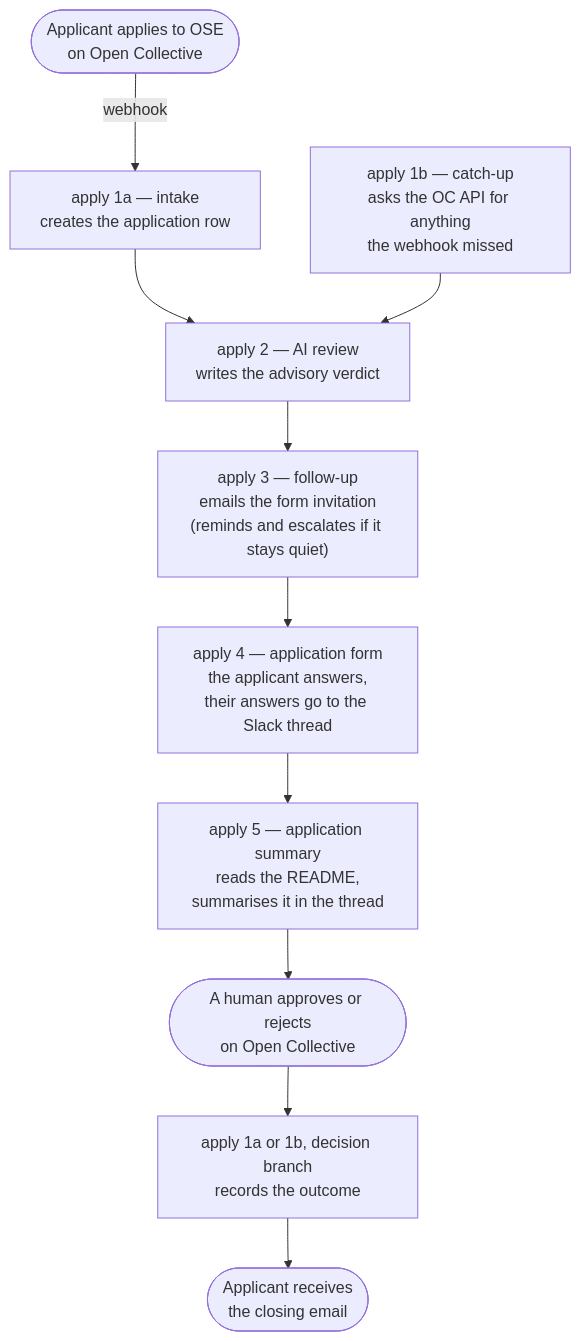
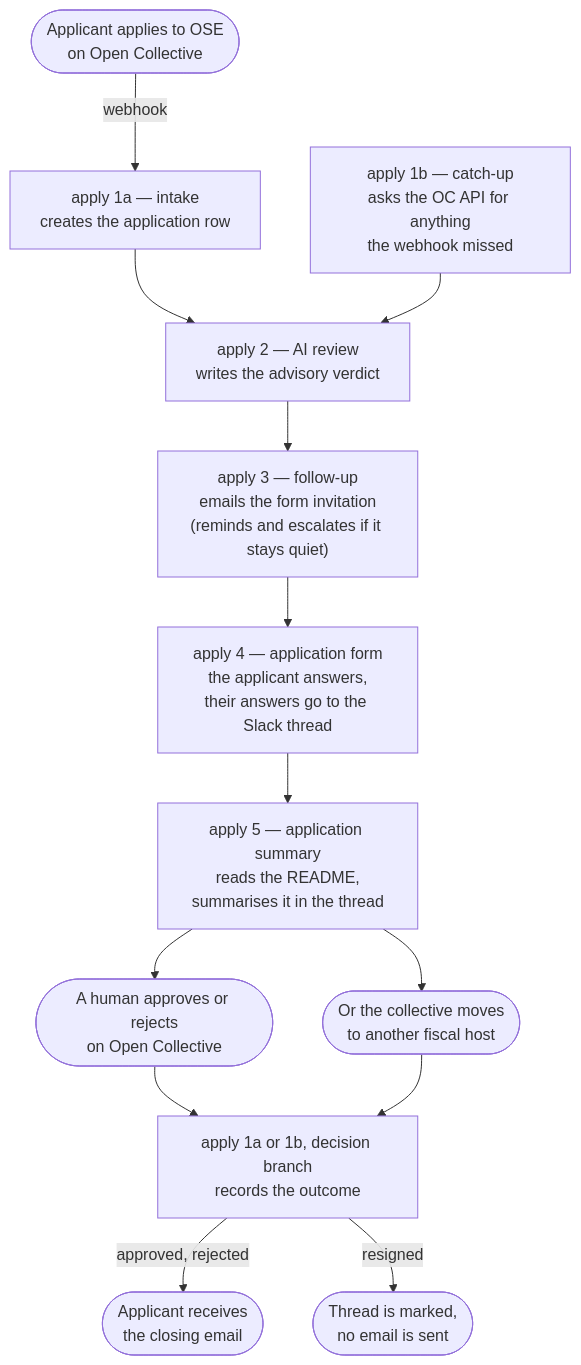
The diagram in automation/README.md (opensourceeurope/community), drawn with Mermaid before and after one commit. The commit also changed 6 other files, not shown here.

Commit message:
feat: an application that moves to another fiscal host is recorded as resigned (#71)

````diff
--- a/automation/README.md
+++ b/automation/README.md
@@ -89,14 +89,17 @@
 ```mermaid
 flowchart TD
     START(["Applicant applies to OSE<br>on Open Collective"])
     START -->|"webhook"| A1a["apply 1a — intake<br>creates the application row"]
     A1b["apply 1b — catch-up<br>asks the OC API for anything<br>the webhook missed"]
     A1a --> A2["apply 2 — AI review<br>writes the advisory verdict"]
     A1b --> A2
     A2 --> A3["apply 3 — follow-up<br>emails the form invitation<br>(reminds and escalates if it stays quiet)"]
     A3 --> A4["apply 4 — application form<br>the applicant answers,<br>their answers go to the Slack thread"]
     A4 --> A5s["apply 5 — application summary<br>reads the README,<br>summarises it in the thread"]
     A5s --> HUMAN(["A human approves or rejects<br>on Open Collective"])
+    A5s --> GONE(["Or the collective moves<br>to another fiscal host"])
     HUMAN --> A5["apply 1a or 1b, decision branch<br>records the outcome"]
-    A5 --> END(["Applicant receives<br>the closing email"])
+    GONE --> A5
+    A5 -->|"approved, rejected"| END(["Applicant receives<br>the closing email"])
+    A5 -->|"resigned"| MARK(["Thread is marked,<br>no email is sent"])
 ```
````
